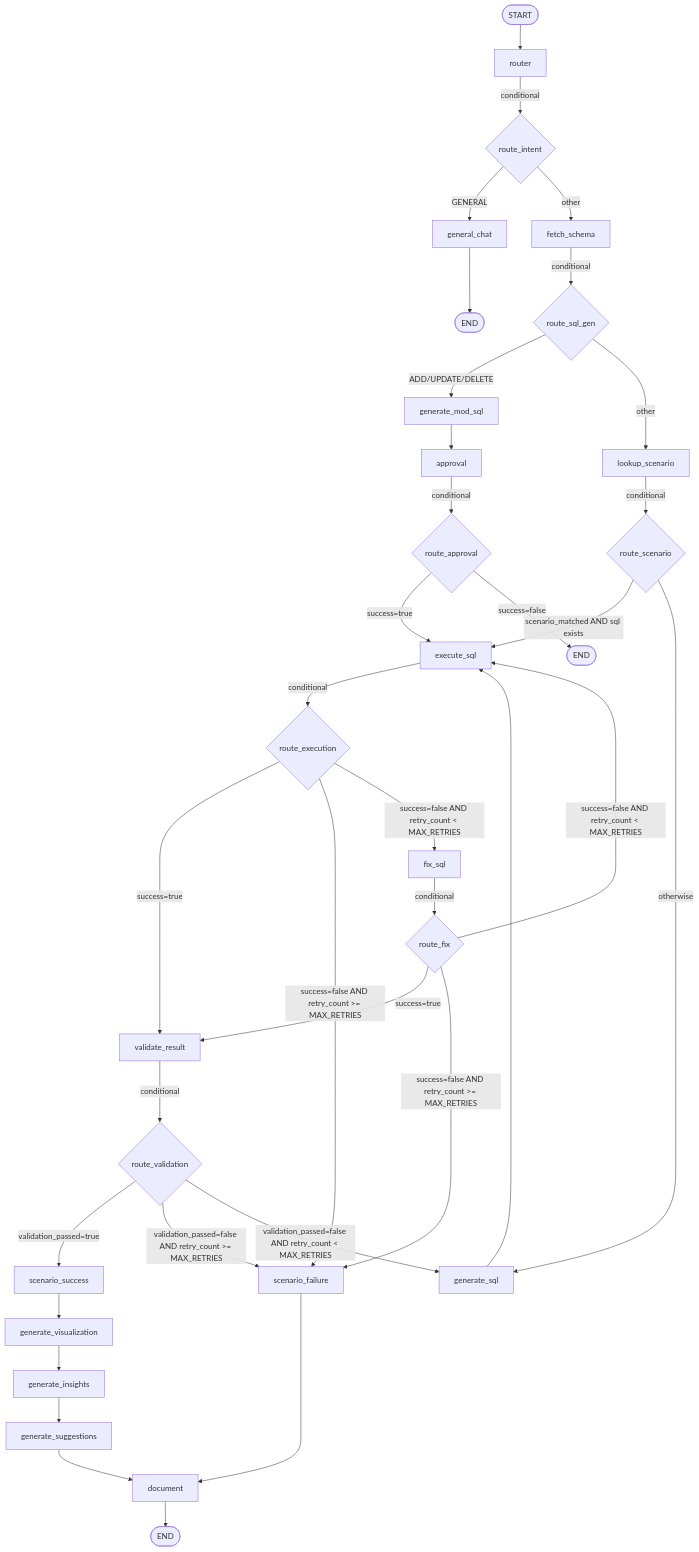
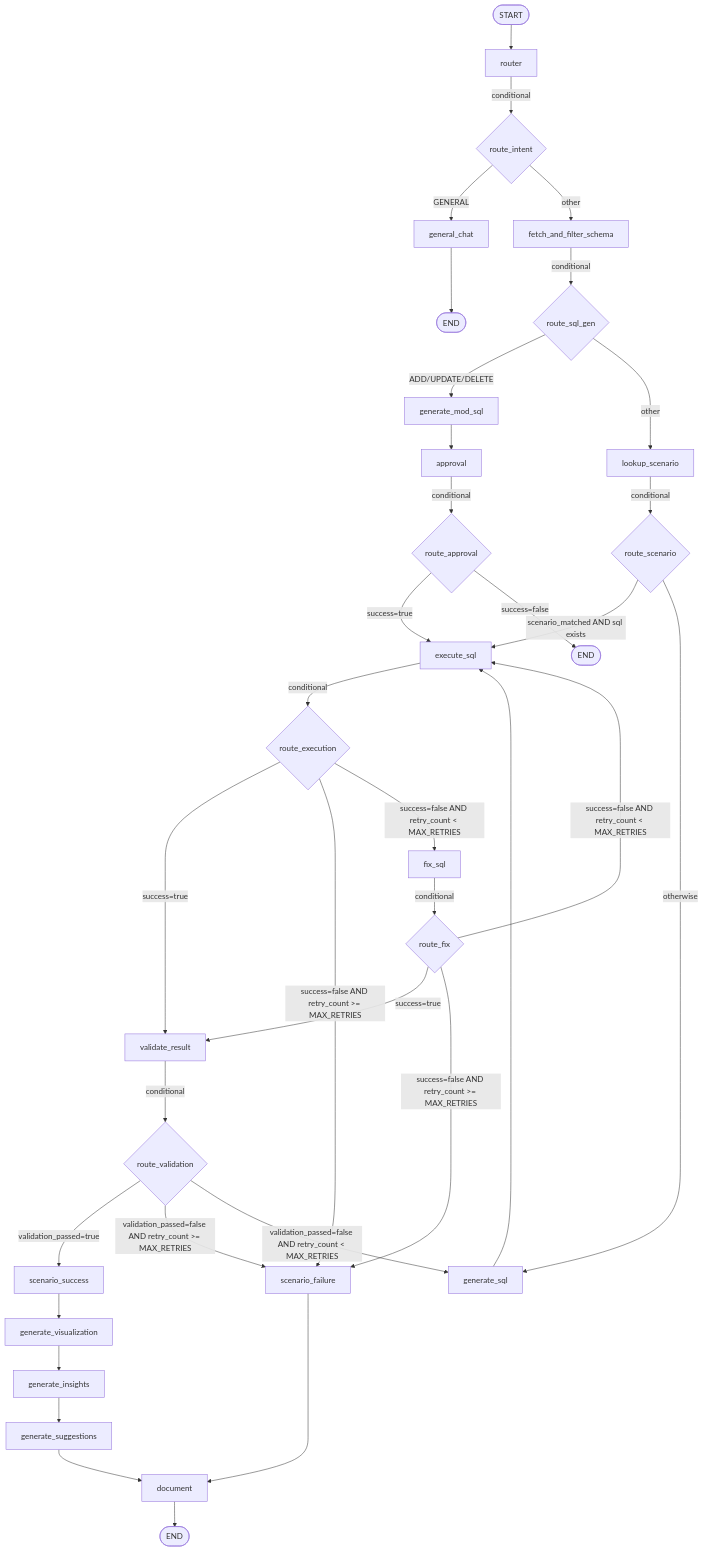
The diagram in README.md (Omarnagyafifi1/datapilot-ai), drawn with Mermaid before and after one commit. The commit also changed other lines of this file and 5 other files, not shown here.

Commit message:
docs: document context-aware schema filtering in README and CONTEXT.md

````diff
--- a/README.md
+++ b/README.md
@@ -157,50 +168,50 @@
 ```mermaid
 graph TD
     START([START]) --> Router[router]
     
     Router -->|conditional| RouteIntent{route_intent}
     RouteIntent -->|GENERAL| GeneralChat[general_chat]
-    RouteIntent -->|other| FetchSchema[fetch_schema]
+    RouteIntent -->|other| FetchAndFilterSchema[fetch_and_filter_schema]
     
     GeneralChat --> END1([END])
     
-    FetchSchema -->|conditional| RouteSQLGen{route_sql_gen}
+    FetchAndFilterSchema -->|conditional| RouteSQLGen{route_sql_gen}
     RouteSQLGen -->|ADD/UPDATE/DELETE| GenerateModSQL[generate_mod_sql]
     RouteSQLGen -->|other| LookupScenario[lookup_scenario]
     
     GenerateModSQL --> Approval[approval]
     
     Approval -->|conditional| RouteApproval{route_approval}
     RouteApproval -->|success=true| ExecuteSQL[execute_sql]
     RouteApproval -->|success=false| END2([END])
     
     LookupScenario -->|conditional| RouteScenario{route_scenario}
     RouteScenario -->|scenario_matched AND sql exists| ExecuteSQL
     RouteScenario -->|otherwise| GenerateSQL[generate_sql]
     
     GenerateSQL --> ExecuteSQL
     
     ExecuteSQL -->|conditional| RouteExecution{route_execution}
     RouteExecution -->|success=true| ValidateResult[validate_result]
     RouteExecution -->|success=false AND retry_count >= MAX_RETRIES| ScenarioFailure[scenario_failure]
     RouteExecution -->|success=false AND retry_count < MAX_RETRIES| FixSQL[fix_sql]
     
     FixSQL -->|conditional| RouteFix{route_fix}
     RouteFix -->|success=true| ValidateResult
     RouteFix -->|success=false AND retry_count >= MAX_RETRIES| ScenarioFailure
     RouteFix -->|success=false AND retry_count < MAX_RETRIES| ExecuteSQL
     
     ValidateResult -->|conditional| RouteValidation{route_validation}
     RouteValidation -->|validation_passed=true| ScenarioSuccess[scenario_success]
     RouteValidation -->|validation_passed=false AND retry_count >= MAX_RETRIES| ScenarioFailure
     RouteValidation -->|validation_passed=false AND retry_count < MAX_RETRIES| GenerateSQL
     
     ScenarioSuccess --> GenerateViz[generate_visualization]
     GenerateViz --> GenerateInsights[generate_insights]
     GenerateInsights --> GenerateSuggestions[generate_suggestions]
     GenerateSuggestions --> Document[document]
     
     ScenarioFailure --> Document
     
     Document --> END3([END])
 ```
````
